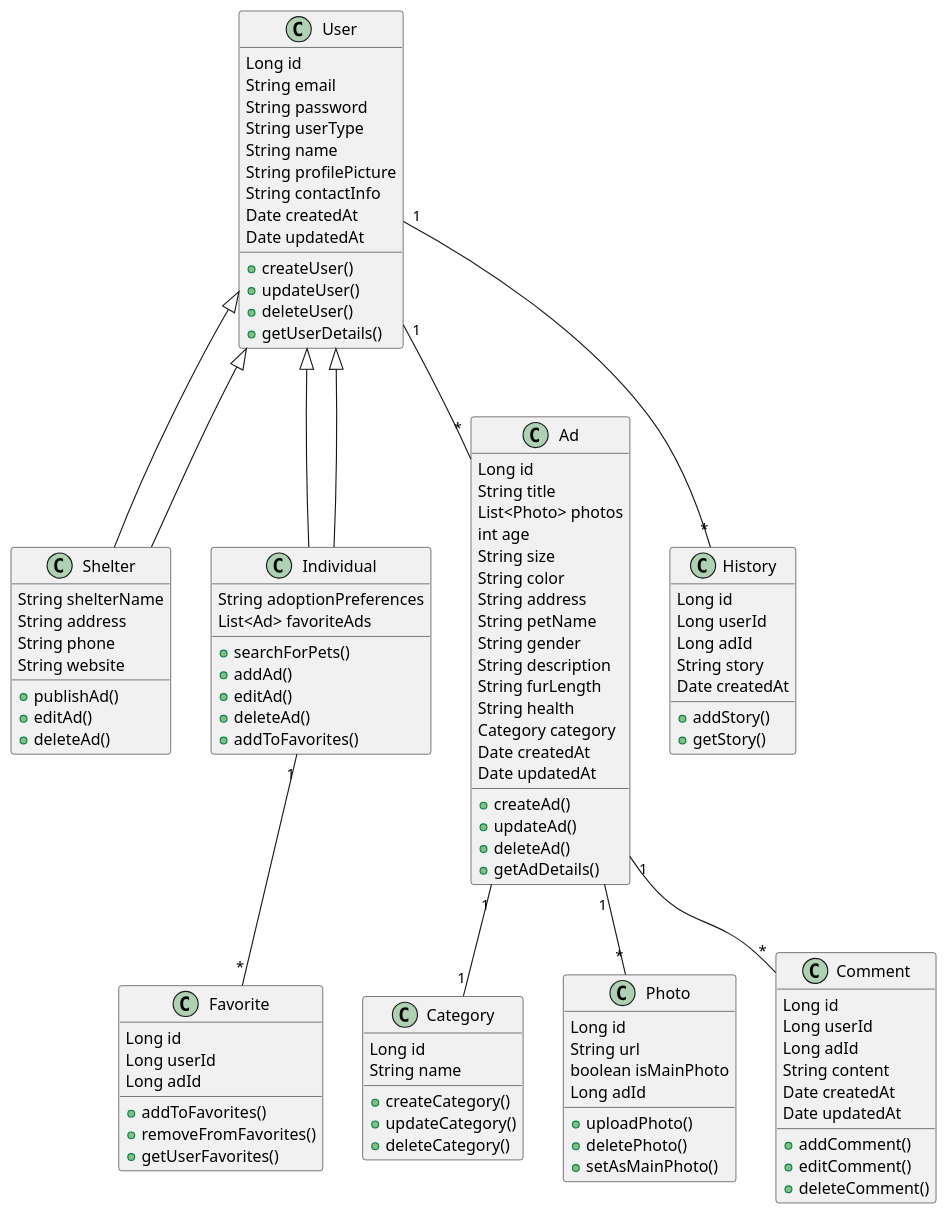
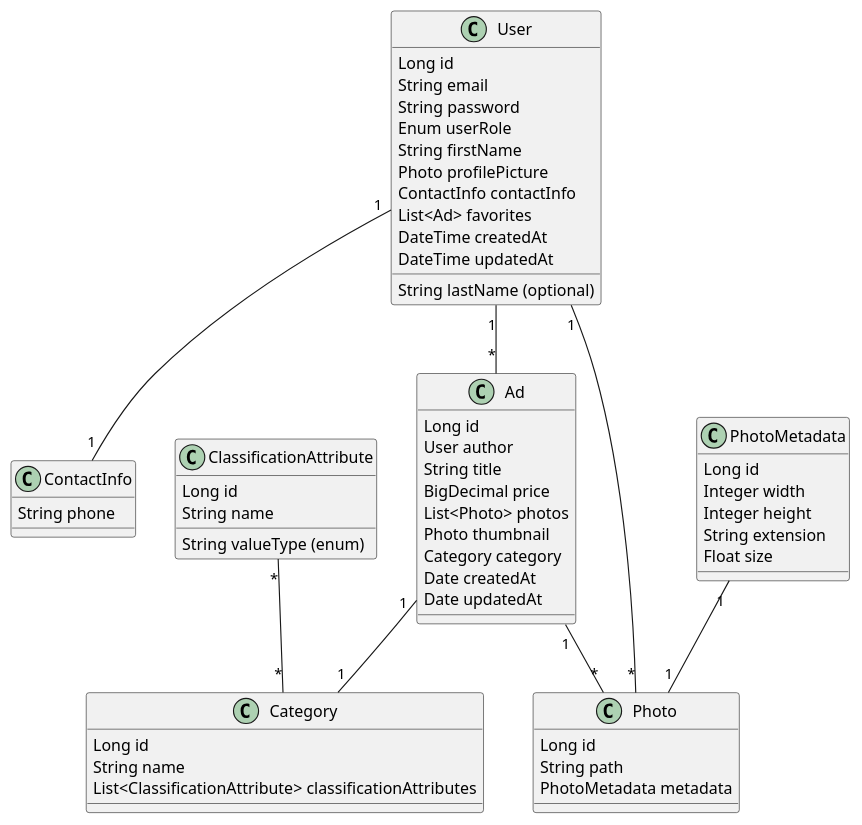
The diagram in docs/class-diagrams/basic-class-diagram.puml (OleksandrProkopenkoDev/marketplace), drawn with PlantUML before and after one commit. The commit also changed 2 other files, not shown here.

Commit message:
class diagram v2

```diff
--- a/docs/class-diagrams/basic-class-diagram.puml
+++ b/docs/class-diagrams/basic-class-diagram.puml
@@ -1,117 +1,68 @@
 @startuml
 class User {
   Long id
   String email
   String password
-  String userType
-  String name
-  String profilePicture
-  String contactInfo
-  Date createdAt
-  Date updatedAt
-  +createUser()
-  +updateUser()
-  +deleteUser()
-  +getUserDetails()
+  Enum userRole
+  String firstName
+  String lastName (optional)
+  Photo profilePicture
+  ContactInfo contactInfo
+  List<Ad> favorites
+  DateTime createdAt
+  DateTime updatedAt
 }
 
-class Shelter extends User {
-  String shelterName
-  String address
+class ContactInfo{
   String phone
-  String website
-  +publishAd()
-  +editAd()
-  +deleteAd()
 }
 
-class Individual extends User {
-  String adoptionPreferences
-  List<Ad> favoriteAds
-  +searchForPets()
-  +addAd()
-  +editAd()
-  +deleteAd()
-  +addToFavorites()
-}
 
 class Ad {
   Long id
+  User author
   String title
+  BigDecimal price
   List<Photo> photos
-  int age
-  String size
-  String color
-  String address
-  String petName
-  String gender
-  String description
-  String furLength
-  String health
+  Photo thumbnail
   Category category
   Date createdAt
   Date updatedAt
-  +createAd()
-  +updateAd()
-  +deleteAd()
-  +getAdDetails()
+}
+
+class ClassificationAttribute {
+  Long id
+  String name
+  String valueType (enum)
 }
 
 class Category {
   Long id
   String name
-  +createCategory()
-  +updateCategory()
-  +deleteCategory()
+  List<ClassificationAttribute> classificationAttributes
 }
 
 class Photo {
   Long id
-  String url
-  boolean isMainPhoto
-  Long adId
-  +uploadPhoto()
-  +deletePhoto()
-  +setAsMainPhoto()
+  String path
+  PhotoMetadata metadata
 }
 
-class Favorite {
+class PhotoMetadata {
   Long id
-  Long userId
-  Long adId
-  +addToFavorites()
-  +removeFromFavorites()
-  +getUserFavorites()
+  Integer width
+  Integer height
+  String extension
+  Float size
 }
 
-class Comment {
-  Long id
-  Long userId
-  Long adId
-  String content
-  Date createdAt
-  Date updatedAt
-  +addComment()
-  +editComment()
-  +deleteComment()
-}
 
-class History {
-  Long id
-  Long userId
-  Long adId
-  String story
-  Date createdAt
-  +addStory()
-  +getStory()
-}
-
-User <|-- Shelter
-User <|-- Individual
 Ad "1" -- "*" Photo
 Ad "1" -- "1" Category
 User "1" -- "*" Ad
-Individual "1" -- "*" Favorite
-Ad "1" -- "*" Comment
-User "1" -- "*" History
+PhotoMetadata "1" -- "1" Photo
+User "1" -- "*" Photo
+ClassificationAttribute "*" -- "*" Category
+User "1" -- "1" ContactInfo
+
 @enduml
```
